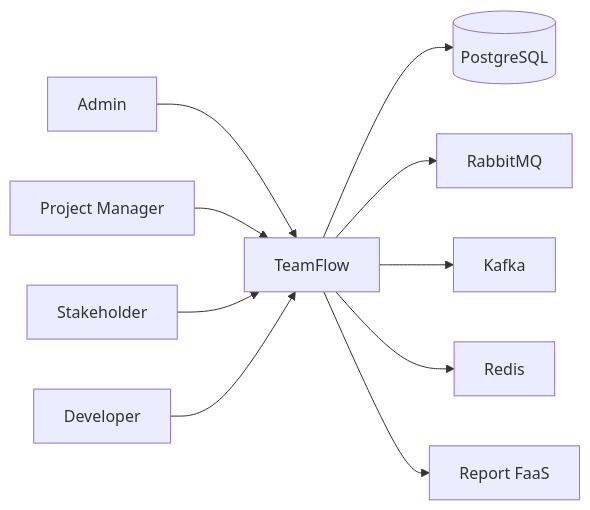
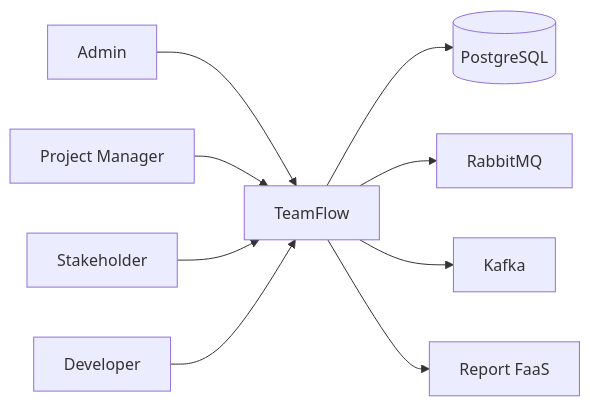
One commit to MARKUCI14/teamFlow changed the first of 3 diagrams in docs/architecture/c4-model.md. Above: the diagram before and after it, drawn with Mermaid. The commit also changed other lines of this file and 36 other files, not shown here.

````diff
--- a/docs/architecture/c4-model.md
+++ b/docs/architecture/c4-model.md
@@ -5,12 +5,11 @@
 ```mermaid
 flowchart LR
   A[Admin] --> T[TeamFlow]
   PM[Project Manager] --> T
   S[Stakeholder] --> T
   D[Developer] --> T
   T --> PG[(PostgreSQL)]
   T --> MQ[RabbitMQ]
   T --> K[Kafka]
-  T --> R[Redis]
   T --> F[Report FaaS]
 ```
````
